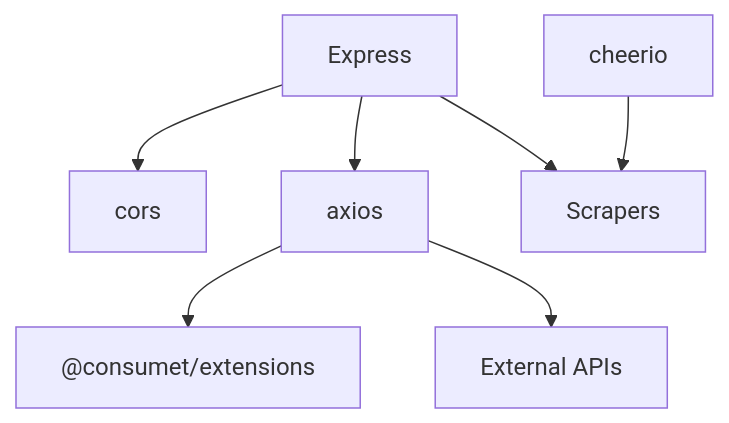
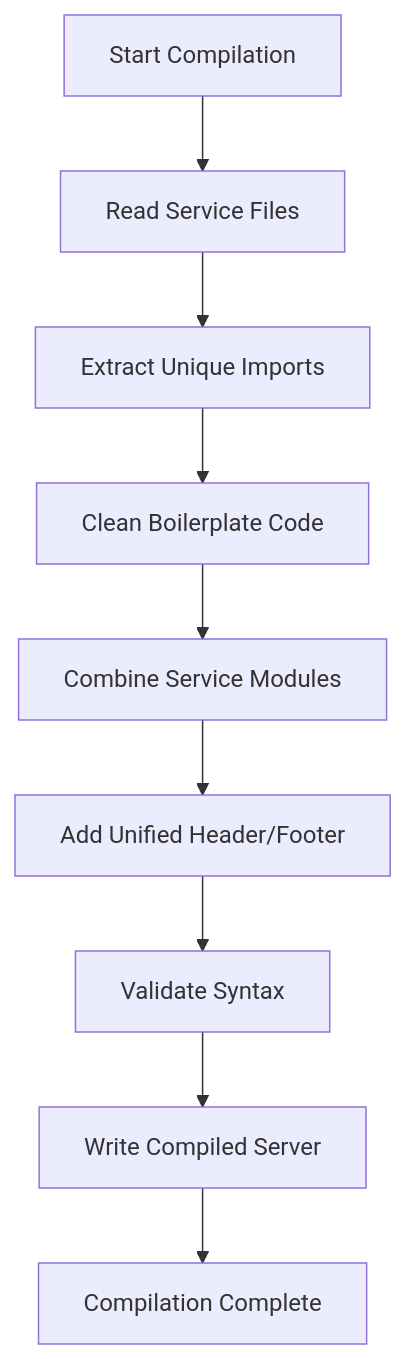
Before and after one commit to techniciansupremus-lab/Project-Anime: the second of 2 diagrams in .qoder/repowiki/en/content/Backend Services/Backend Services.md, drawn with Mermaid. The commit also changed other lines of this file and 101 other files, not shown here.

````diff
--- a/.qoder/repowiki/en/content/Backend Services/Backend Services.md
+++ b/.qoder/repowiki/en/content/Backend Services/Backend Services.md
@@ -359,9 +110,11 @@
 ```mermaid
-graph TB
-Express["Express"] --> CORS["cors"]
-Express --> Axios["axios"]
-Axios --> Providers["@consumet/extensions"]
-Axios --> External["External APIs"]
-Cheerio["cheerio"] --> Scrapers["Scrapers"]
-Express --> Scrapers
+flowchart TD
+Start["Start Compilation"] --> ReadServices["Read Service Files"]
+ReadServices --> ExtractImports["Extract Unique Imports"]
+ExtractImports --> CleanCode["Clean Boilerplate Code"]
+CleanCode --> CombineModules["Combine Service Modules"]
+CombineModules --> AddHeaderFooter["Add Unified Header/Footer"]
+AddHeaderFooter --> ValidateSyntax["Validate Syntax"]
+ValidateSyntax --> WriteOutput["Write Compiled Server"]
+WriteOutput --> Success["Compilation Complete"]
 ```
````
